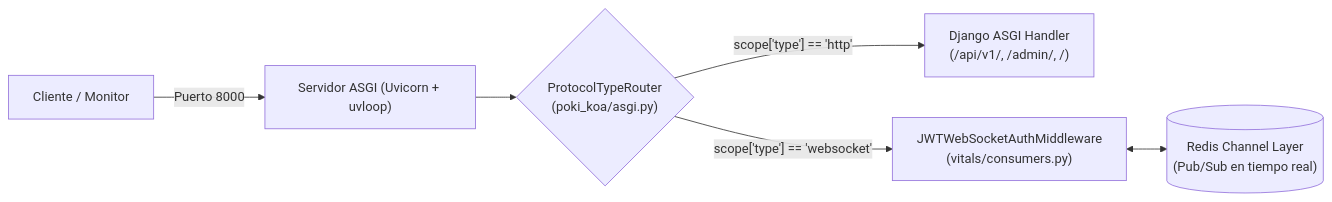
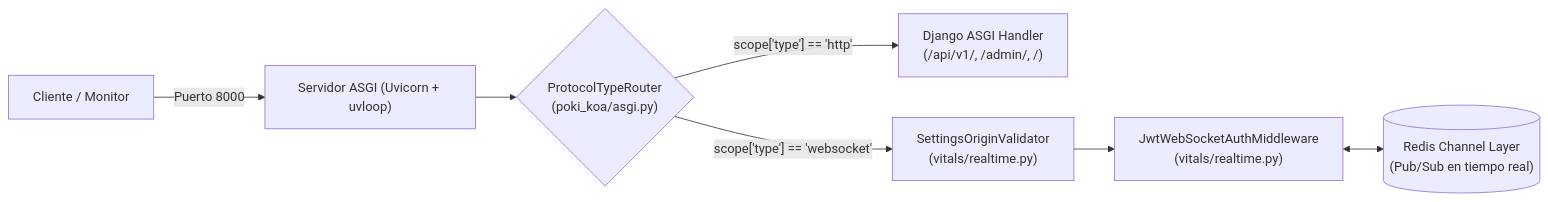
The first of 2 diagrams in docs/DEPLOYMENT_AND_OPERATIONS.md (PokiKoa/backend), drawn with Mermaid before and after one commit. The commit also changed other lines of this file and 1 other file, not shown here.

````diff
--- a/docs/DEPLOYMENT_AND_OPERATIONS.md
+++ b/docs/DEPLOYMENT_AND_OPERATIONS.md
@@ -26,8 +26,9 @@
 ```mermaid
 flowchart LR
     Client["Cliente / Monitor"] -->|Puerto 8000| Uvicorn["Servidor ASGI (Uvicorn + uvloop)"]
     Uvicorn --> Router{"ProtocolTypeRouter\n(poki_koa/asgi.py)"}
     Router -->|"scope['type'] == 'http'"| DjangoHTTP["Django ASGI Handler\n(/api/v1/, /admin/, /)"]
-    Router -->|"scope['type'] == 'websocket'"| JWTMiddleware["JWTWebSocketAuthMiddleware\n(vitals/consumers.py)"]
+    Router -->|"scope['type'] == 'websocket'"| Origin["SettingsOriginValidator\n(vitals/realtime.py)"]
+    Origin --> JWTMiddleware["JwtWebSocketAuthMiddleware\n(vitals/realtime.py)"]
     JWTMiddleware <--> Redis[("Redis Channel Layer\n(Pub/Sub en tiempo real)")]
 ```
````
